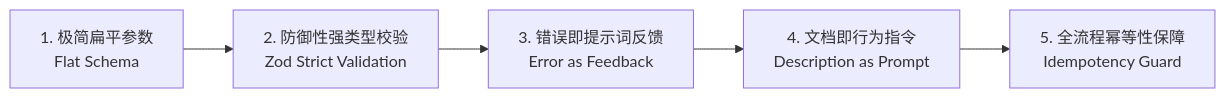
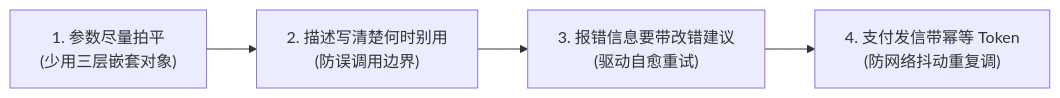
The second of 2 diagrams in app/ch04-tools/01-tool-taxonomy-and-aci/page.mdx (ljh12138164/ai-agent-study), drawn with Mermaid before and after one commit. The commit also changed other lines of this file and 43 other files, not shown here.

````diff
--- a/app/ch04-tools/01-tool-taxonomy-and-aci/page.mdx
+++ b/app/ch04-tools/01-tool-taxonomy-and-aci/page.mdx
@@ -69,7 +32,6 @@
 ```mermaid
-graph LR
-    A["1. 极简扁平参数<br/>Flat Schema"] --> B["2. 防御性强类型校验<br/>Zod Strict Validation"]
-    B --> C["3. 错误即提示词反馈<br/>Error as Feedback"]
-    C --> D["4. 文档即行为指令<br/>Description as Prompt"]
-    D --> E["5. 全流程幂等性保障<br/>Idempotency Guard"]
+flowchart LR
+    A["1. 参数尽量拍平<br/>(少用三层嵌套对象)"] --> B["2. 描述写清楚何时别用<br/>(防误调用边界)"]
+    B --> C["3. 报错信息要带改错建议<br/>(驱动自愈重试)"]
+    C --> D["4. 支付发信带幂等 Token<br/>(防网络抖动重复调)"]
 ```
````
